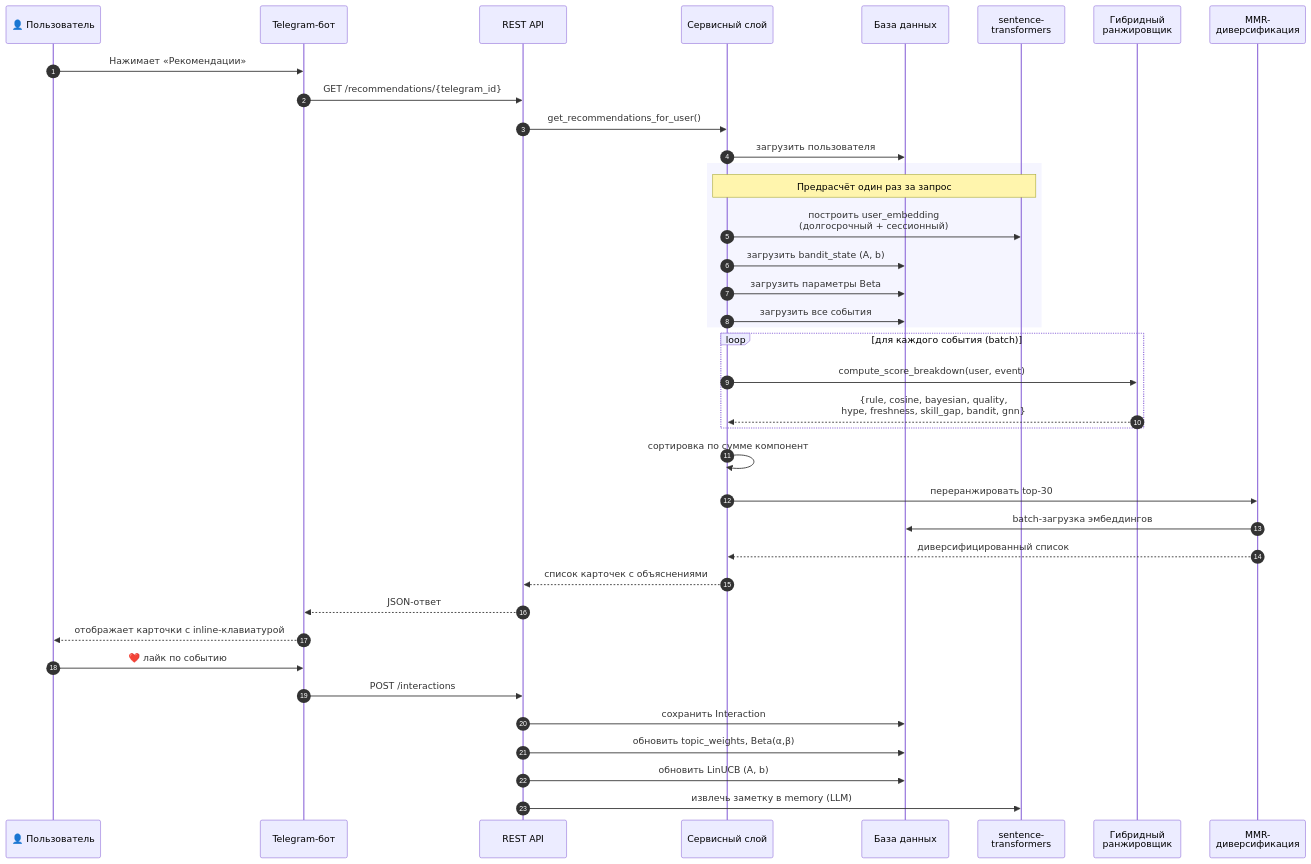
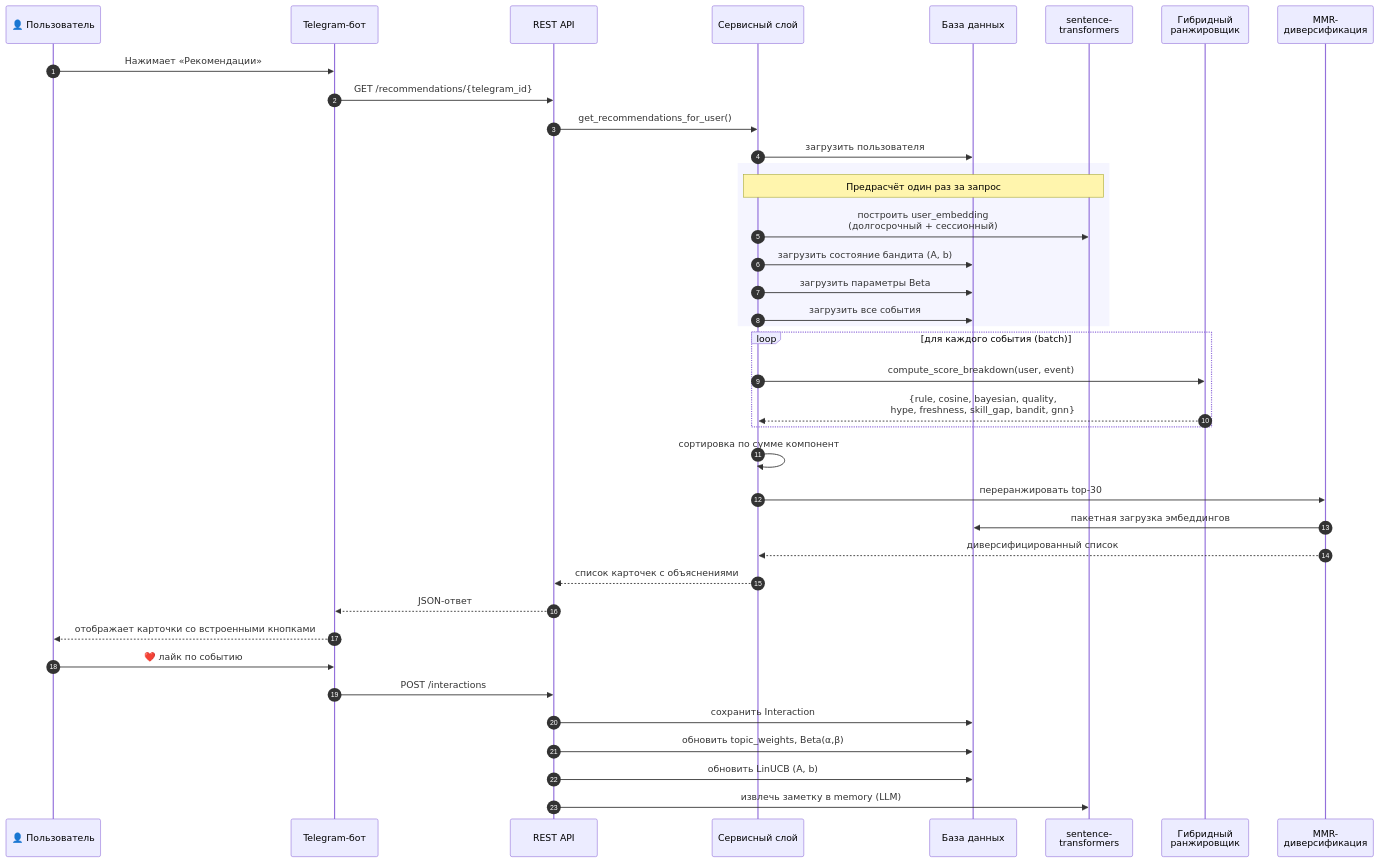
The diagram in docs/diagrams/05_sequence_recommend.mmd (EgorBelov/event_mind), drawn with Mermaid before and after one commit. The commit also changed 22 other files, not shown here.

```diff
--- a/docs/diagrams/05_sequence_recommend.mmd
+++ b/docs/diagrams/05_sequence_recommend.mmd
@@ -1,45 +1,45 @@
-%%{init: {'theme':'default'}}%%
+%%{init: {'theme':'default','themeVariables':{'fontSize':'17px','fontFamily':'Arial'}}}%%
 sequenceDiagram
     autonumber
     participant U as 👤 Пользователь
     participant B as Telegram-бот
     participant API as REST API
     participant SVC as Сервисный слой
     participant DB as База данных
     participant EMB as sentence-<br/>transformers
     participant REC as Гибридный<br/>ранжировщик
     participant MMR as MMR-<br/>диверсификация
 
     U->>B: Нажимает «Рекомендации»
     B->>API: GET /recommendations/{telegram_id}
     API->>SVC: get_recommendations_for_user()
     SVC->>DB: загрузить пользователя
 
     rect rgb(245, 245, 255)
         Note over SVC,EMB: Предрасчёт один раз за запрос
         SVC->>EMB: построить user_embedding<br/>(долгосрочный + сессионный)
-        SVC->>DB: загрузить bandit_state (A, b)
+        SVC->>DB: загрузить состояние бандита (A, b)
         SVC->>DB: загрузить параметры Beta
         SVC->>DB: загрузить все события
     end
 
     loop для каждого события (batch)
         SVC->>REC: compute_score_breakdown(user, event)
         REC-->>SVC: {rule, cosine, bayesian, quality,<br/>hype, freshness, skill_gap, bandit, gnn}
     end
 
     SVC->>SVC: сортировка по сумме компонент
     SVC->>MMR: переранжировать top-30
-    MMR->>DB: batch-загрузка эмбеддингов
+    MMR->>DB: пакетная загрузка эмбеддингов
     MMR-->>SVC: диверсифицированный список
 
     SVC-->>API: список карточек с объяснениями
     API-->>B: JSON-ответ
-    B-->>U: отображает карточки с inline-клавиатурой
+    B-->>U: отображает карточки со встроенными кнопками
 
     U->>B: ❤️ лайк по событию
     B->>API: POST /interactions
     API->>DB: сохранить Interaction
     API->>DB: обновить topic_weights, Beta(α,β)
     API->>DB: обновить LinUCB (A, b)
     API->>EMB: извлечь заметку в memory (LLM)
```
